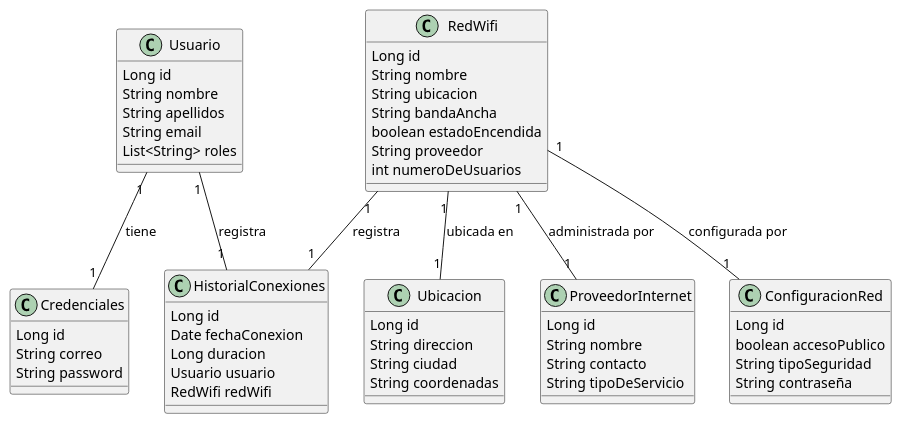
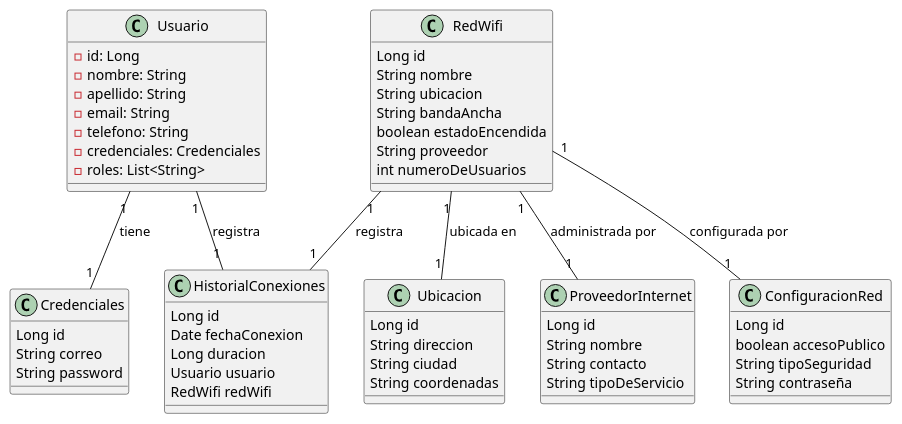
One commit to MarckosBilbo/Backend-Wakanda-Conectividad-Redes changed the diagram in src/uml/Diagrama de clases.puml. Above: the diagram before and after it, drawn with PlantUML. The commit also changed 38 other files, not shown here.

```diff
--- a/src/uml/Diagrama de clases.puml
+++ b/src/uml/Diagrama de clases.puml
@@ -1,62 +1,64 @@
 @startuml
 class Usuario {
-    Long id
-    String nombre
-    String apellidos
-    String email
-    List<String> roles
-}
+            - id: Long
+            - nombre: String
+            - apellido: String
+            - email: String
+            - telefono: String
+            - credenciales: Credenciales
+            - roles: List<String>
+        }
 
 class Credenciales {
     Long id
     String correo
     String password
 }
 
 class RedWifi {
     Long id
     String nombre
     String ubicacion
     String bandaAncha
     boolean estadoEncendida
     String proveedor
     int numeroDeUsuarios
 }
 
 class Ubicacion {
     Long id
     String direccion
     String ciudad
     String coordenadas
 }
 
 class ProveedorInternet {
     Long id
     String nombre
     String contacto
     String tipoDeServicio
 }
 
 class HistorialConexiones {
     Long id
     Date fechaConexion
     Long duracion
     Usuario usuario
     RedWifi redWifi
 }
 
 class ConfiguracionRed {
     Long id
     boolean accesoPublico
     String tipoSeguridad
     String contraseña
 }
 
 Usuario "1" -- "1" Credenciales : tiene
 RedWifi "1" -- "1" Ubicacion : ubicada en
 RedWifi "1" -- "1" ConfiguracionRed : configurada por
 RedWifi "1" -- "1" ProveedorInternet : administrada por
 Usuario "1" -- "1" HistorialConexiones : registra
 RedWifi "1" -- "1" HistorialConexiones : registra
 
 @enduml
```
